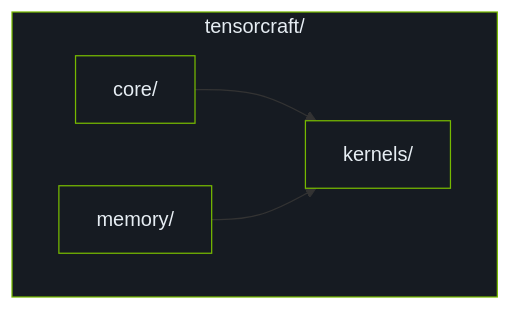
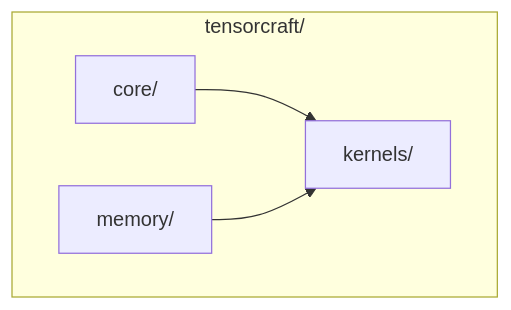
Before and after one commit to LessUp/cuda-kernel-academy: the diagram in docs/en/modules/02/architecture.md, drawn with Mermaid. The commit also changed 45 other files, not shown here.

````diff
--- a/docs/en/modules/02/architecture.md
+++ b/docs/en/modules/02/architecture.md
@@ -11,12 +11,8 @@
 ```mermaid
 flowchart TB
     subgraph tensorcraft["tensorcraft/"]
         core["core/"] --> kernels["kernels/"]
         memory["memory/"] --> kernels
     end
 
-    style tensorcraft fill:#161b22,stroke:#76B900,color:#e6edf3
-    style core fill:#161b22,stroke:#76B900,color:#e6edf3
-    style memory fill:#161b22,stroke:#76B900,color:#e6edf3
-    style kernels fill:#161b22,stroke:#76B900,color:#e6edf3
 ```
````
